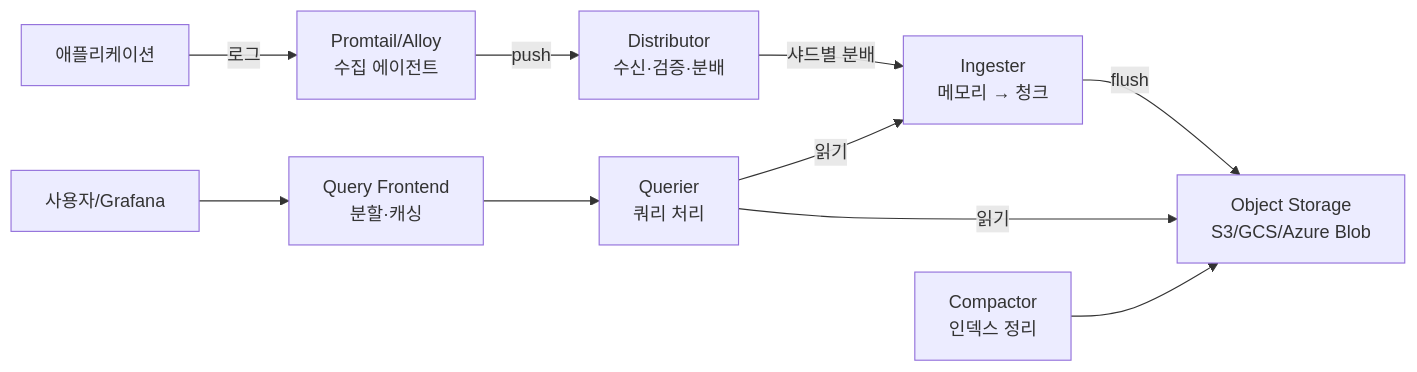
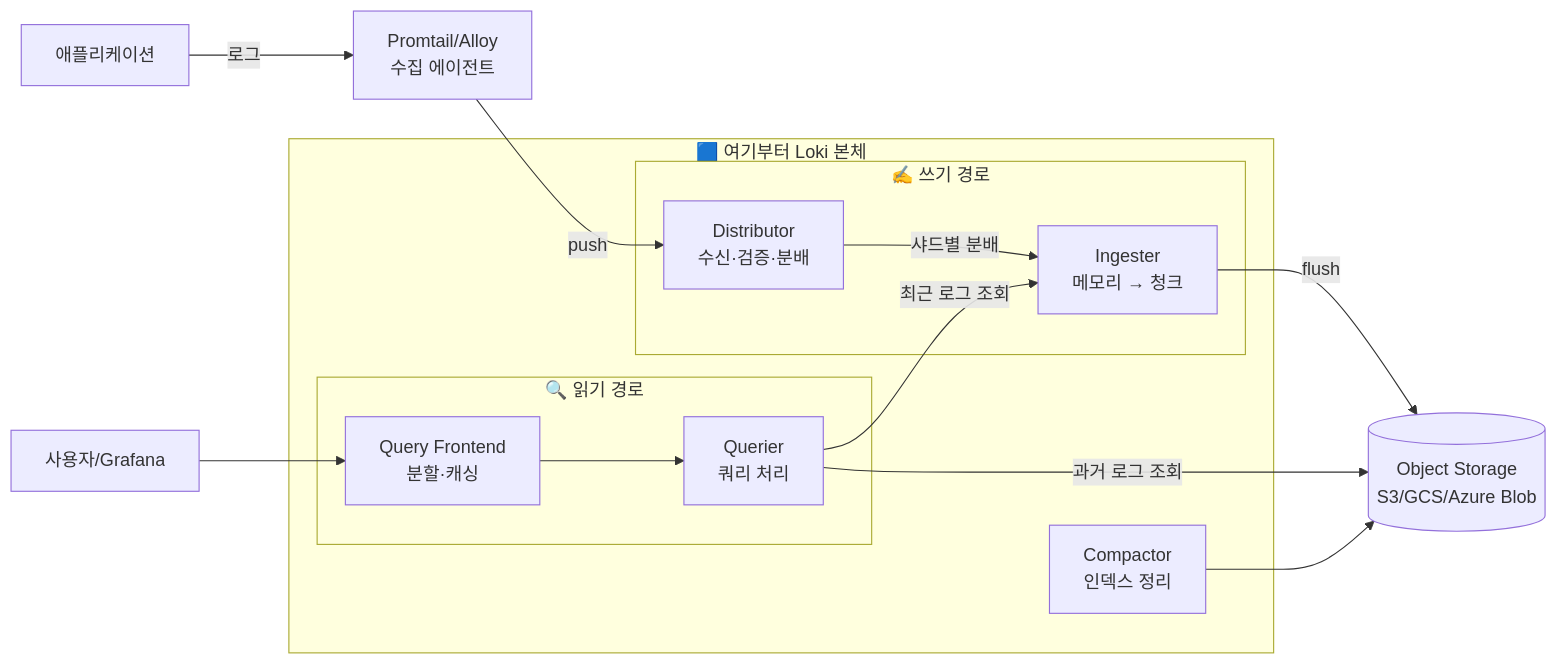
The second of 4 diagrams in DevOps/로깅-서비스/Loki.md (namusik/TIL), drawn with Mermaid before and after one commit. The commit also changed other lines of this file and 26 other files, not shown here.

````diff
--- a/DevOps/로깅-서비스/Loki.md
+++ b/DevOps/로깅-서비스/Loki.md
@@ -87,12 +89,20 @@
 ```mermaid
 flowchart LR
-    A[애플리케이션] -->|로그| B[Promtail/Alloy<br/>수집 에이전트]
-    B -->|push| C[Distributor<br/>수신·검증·분배]
-    C -->|샤드별 분배| D[Ingester<br/>메모리 → 청크]
-    D -->|flush| E[Object Storage<br/>S3/GCS/Azure Blob]
-    F[Querier<br/>쿼리 처리] -->|읽기| D
-    F -->|읽기| E
-    G[Query Frontend<br/>분할·캐싱] --> F
-    H[Compactor<br/>인덱스 정리] --> E
-    U[사용자/Grafana] --> G
+    A["애플리케이션"] -->|로그| B["Promtail/Alloy<br/>수집 에이전트"]
+    U["사용자/Grafana"]
+    subgraph LOKI["🟦 여기부터 Loki 본체"]
+        subgraph W["✍️ 쓰기 경로"]
+            C["Distributor<br/>수신·검증·분배"] -->|샤드별 분배| D["Ingester<br/>메모리 → 청크"]
+        end
+        subgraph R["🔍 읽기 경로"]
+            G["Query Frontend<br/>분할·캐싱"] --> F["Querier<br/>쿼리 처리"]
+        end
+        H["Compactor<br/>인덱스 정리"]
+    end
+    B -->|push| C
+    U --> G
+    D -->|flush| E[("Object Storage<br/>S3/GCS/Azure Blob")]
+    F -->|최근 로그 조회| D
+    F -->|과거 로그 조회| E
+    H --> E
 ```
````
